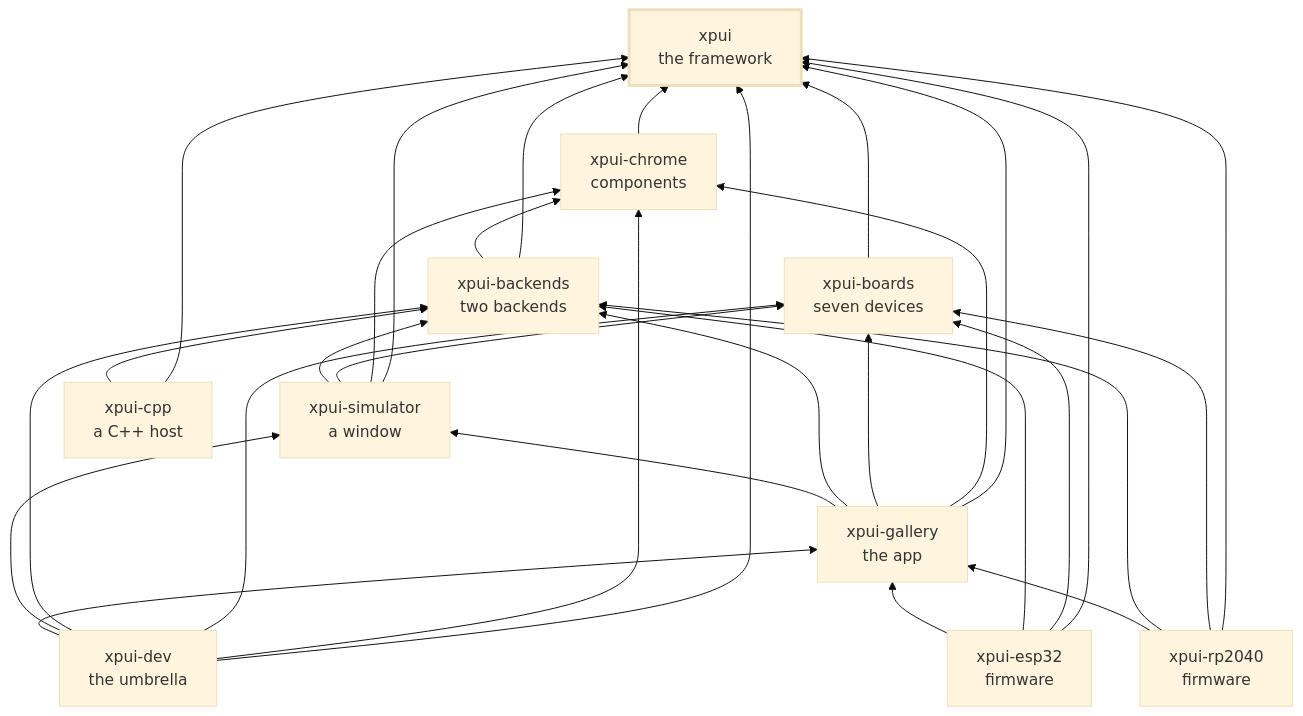
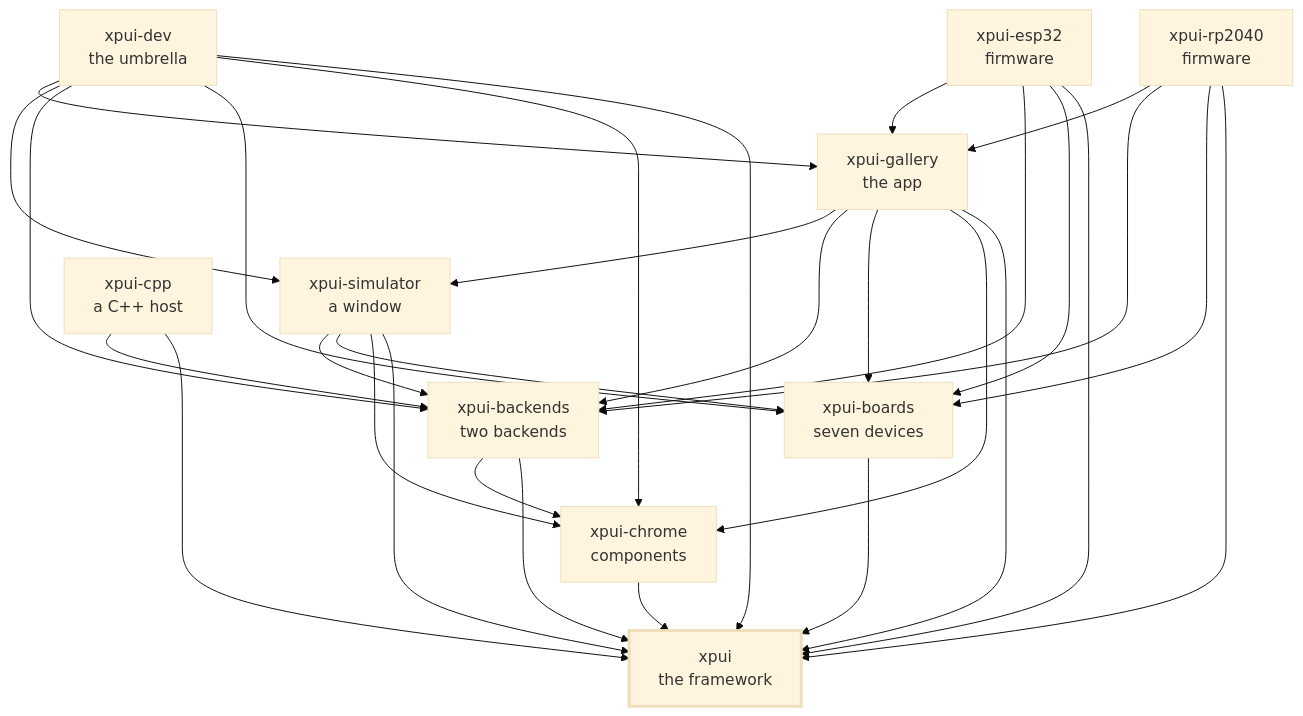
The diagram in README.md (XPUI-Framework/xpui-framework), drawn with Mermaid (base theme) before and after one commit. The commit also changed other lines of this file and 22 other files, not shown here.

````diff
--- a/README.md
+++ b/README.md
@@ -123,43 +114,43 @@
 ```mermaid
-flowchart BT
+flowchart TD
   xpui["xpui<br/>the framework"]
   chrome["xpui-chrome<br/>components"]
   boards["xpui-boards<br/>seven devices"]
   backends["xpui-backends<br/>two backends"]
   simulator["xpui-simulator<br/>a window"]
   gallery["xpui-gallery<br/>the app"]
   rp2040["xpui-rp2040<br/>firmware"]
   esp32["xpui-esp32<br/>firmware"]
   cpp["xpui-cpp<br/>a C++ host"]
   dev["xpui-dev<br/>the umbrella"]
   chrome --> xpui
   boards --> xpui
   backends --> xpui
   backends --> chrome
   simulator --> xpui
   simulator --> chrome
   simulator --> boards
   simulator --> backends
   gallery --> xpui
   gallery --> chrome
   gallery --> boards
   gallery --> backends
   gallery --> simulator
   rp2040 --> xpui
   rp2040 --> boards
   rp2040 --> backends
   rp2040 --> gallery
   esp32 --> xpui
   esp32 --> boards
   esp32 --> backends
   esp32 --> gallery
   cpp --> xpui
   cpp --> backends
   dev --> xpui
   dev --> chrome
   dev --> boards
   dev --> backends
   dev --> simulator
   dev --> gallery
   style xpui stroke-width:3px
 ```
````
